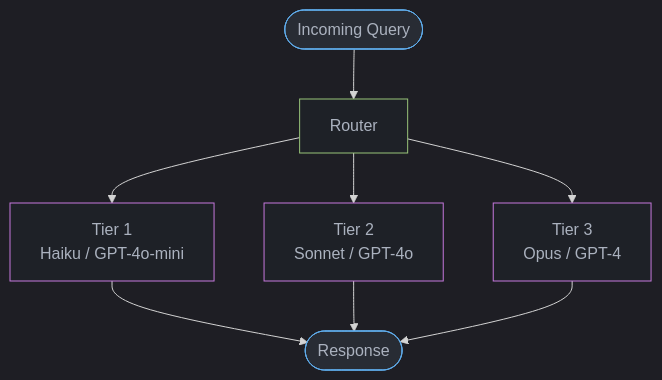
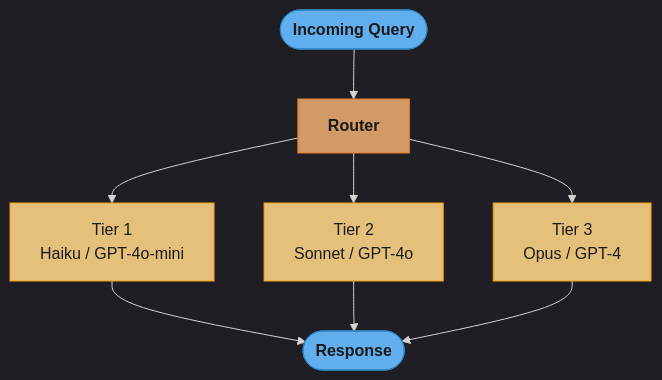
Before and after one commit to rppol/system-design: the first of 5 diagrams in src/main/java/com/rutik/systemdesign/llm/llm_routing_and_model_selection/README.md, drawn with Mermaid. The commit also changed other lines of this file and 88 other files, not shown here.

````diff
--- a/src/main/java/com/rutik/systemdesign/llm/llm_routing_and_model_selection/README.md
+++ b/src/main/java/com/rutik/systemdesign/llm/llm_routing_and_model_selection/README.md
@@ -118,17 +118,21 @@
 ```mermaid
 %%{init: {'flowchart': {'curve': 'basis'}, 'theme': 'dark'}}%%
 flowchart TD
+    classDef io      fill:#61afef,stroke:#2e86c1,color:#1a1a1a,font-weight:bold
+    classDef frozen  fill:#c678dd,stroke:#9b59b6,color:#fff
+    classDef train   fill:#98c379,stroke:#27ae60,color:#1a1a1a
+    classDef mathOp  fill:#d19a66,stroke:#e67e22,color:#1a1a1a,font-weight:bold
+    classDef lossN   fill:#e06c75,stroke:#c0392b,color:#fff,font-weight:bold
+    classDef req     fill:#56b6c2,stroke:#0097a7,color:#1a1a1a
+    classDef base    fill:#e5c07b,stroke:#f39c12,color:#1a1a1a
+
     Q([Incoming Query]) --> Router["Router"]
     Router --> T1["Tier 1\nHaiku / GPT-4o-mini"]
     Router --> T2["Tier 2\nSonnet / GPT-4o"]
     Router --> T3["Tier 3\nOpus / GPT-4"]
     T1 & T2 & T3 --> Response([Response])
 
-    classDef io     fill:#282c34,stroke:#61afef,color:#abb2bf
-    classDef proc   fill:#1e2127,stroke:#98c379,color:#abb2bf
-    classDef llm    fill:#1e2127,stroke:#c678dd,color:#abb2bf
-
     class Q,Response io
-    class Router proc
-    class T1,T2,T3 llm
+    class Router mathOp
+    class T1,T2,T3 base
 ```
````
